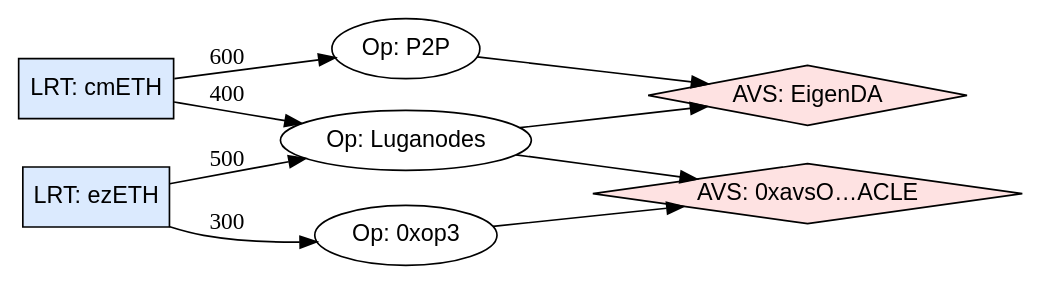
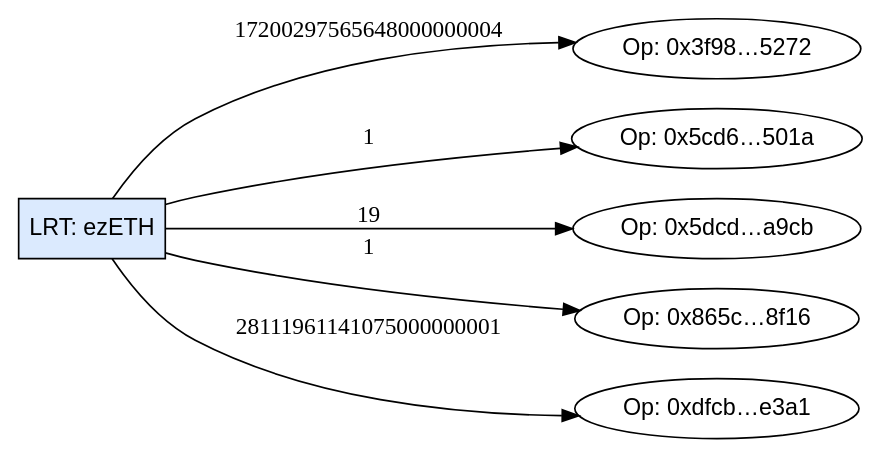
One commit to pjdurden/restake-xray changed the diagram in data/latest.dot. Above: the diagram before and after it, drawn with Graphviz. The commit also changed 7 other files, not shown here.

```diff
--- a/data/latest.dot
+++ b/data/latest.dot
@@ -1,19 +1,15 @@
 digraph restake_xray {
   rankdir=LR;
   node [fontname="sans-serif"];
-  "LRT: cmETH" [shape=box, style=filled, fillcolor="#dbeafe"];
   "LRT: ezETH" [shape=box, style=filled, fillcolor="#dbeafe"];
-  "Op: P2P" [shape=ellipse];
-  "Op: Luganodes" [shape=ellipse];
-  "Op: 0xop3" [shape=ellipse];
-  "AVS: EigenDA" [shape=diamond, style=filled, fillcolor="#fee2e2"];
-  "AVS: 0xavsO…ACLE" [shape=diamond, style=filled, fillcolor="#fee2e2"];
-  "LRT: cmETH" -> "Op: P2P" [label="600"];
-  "LRT: cmETH" -> "Op: Luganodes" [label="400"];
-  "LRT: ezETH" -> "Op: Luganodes" [label="500"];
-  "LRT: ezETH" -> "Op: 0xop3" [label="300"];
-  "Op: P2P" -> "AVS: EigenDA";
-  "Op: Luganodes" -> "AVS: EigenDA";
-  "Op: Luganodes" -> "AVS: 0xavsO…ACLE";
-  "Op: 0xop3" -> "AVS: 0xavsO…ACLE";
+  "Op: 0x3f98…5272" [shape=ellipse];
+  "Op: 0x5cd6…501a" [shape=ellipse];
+  "Op: 0x5dcd…a9cb" [shape=ellipse];
+  "Op: 0x865c…8f16" [shape=ellipse];
+  "Op: 0xdfcb…e3a1" [shape=ellipse];
+  "LRT: ezETH" -> "Op: 0x3f98…5272" [label="17200297565648000000004"];
+  "LRT: ezETH" -> "Op: 0x5cd6…501a" [label="1"];
+  "LRT: ezETH" -> "Op: 0x5dcd…a9cb" [label="19"];
+  "LRT: ezETH" -> "Op: 0x865c…8f16" [label="1"];
+  "LRT: ezETH" -> "Op: 0xdfcb…e3a1" [label="28111961141075000000001"];
 }
```
